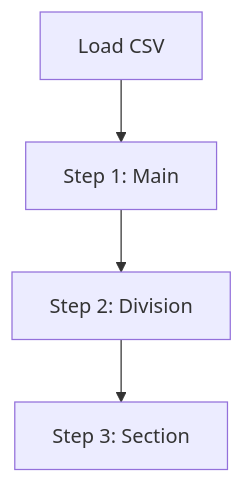
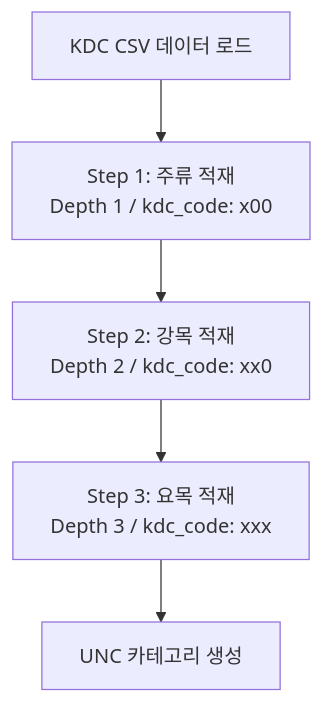
The diagram in docs/wiki/batch_jobs/KdcCategoryJob.md (nhnacademy-be12-4vidia/4vidia-batch-service), drawn with Mermaid before and after one commit. The commit also changed other lines of this file and 4 other files, not shown here.

````diff
--- a/docs/wiki/batch_jobs/KdcCategoryJob.md
+++ b/docs/wiki/batch_jobs/KdcCategoryJob.md
@@ -11,6 +33,7 @@
 ```mermaid
 graph TD
-    A[Load CSV] --> B[Step 1: Main]
-    B --> C[Step 2: Division]
-    C --> D[Step 3: Section]
+    A[KDC CSV 데이터 로드] --> B[Step 1: 주류 적재<br/>Depth 1 / kdc_code: x00]
+    B --> C[Step 2: 강목 적재<br/>Depth 2 / kdc_code: xx0]
+    C --> D[Step 3: 요목 적재<br/>Depth 3 / kdc_code: xxx]
+    D --> E[UNC 카테고리 생성]
 ```
````
